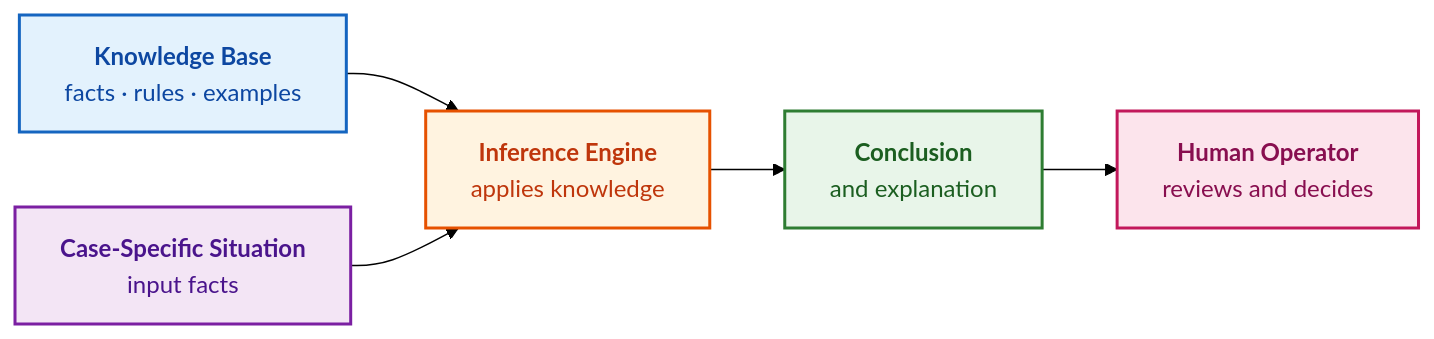
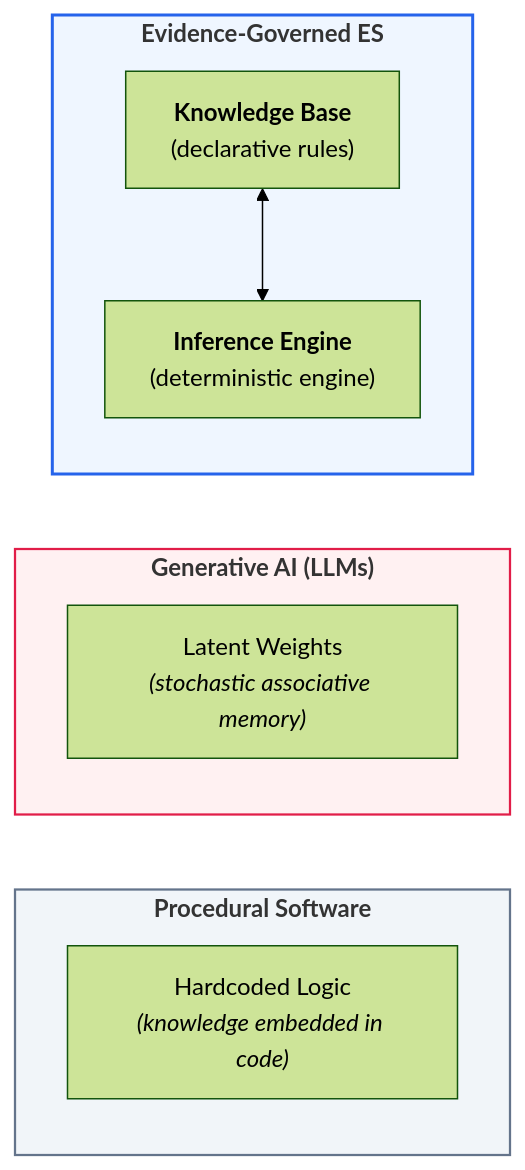
One commit to nick-fedchik/articles changed the second of 4 diagrams in ExpertSystem/translations/en/ch01-introduction-to-expert-systems.md. Above: the diagram before and after it, drawn with Mermaid (forest theme). The commit also changed other lines of this file and 2 other files, not shown here.

Commit message:
feat(ch01): restructure introductory chapter, add classical founders dialogue, colorize anatomy diagram, and format header (UA/EN/DE)

````diff
--- a/ExpertSystem/translations/en/ch01-introduction-to-expert-systems.md
+++ b/ExpertSystem/translations/en/ch01-introduction-to-expert-systems.md
@@ -107,22 +106,26 @@
 ```mermaid
 flowchart LR
-    accTitle: Minimal Architecture of an Expert System
-    accDescr: The knowledge base supplies rules to the inference engine, which also receives case-specific facts and derives an explained conclusion for a human operator.
+    subgraph PROC["<b>Procedural Software</b>"]
+        direction TB
+        P_CODE["Hardcoded Logic<br/><i>(knowledge embedded in code)</i>"]
+    end
 
-    K["<b>Knowledge Base</b><br/>facts · rules · examples"] --> I["<b>Inference Engine</b><br/>applies knowledge"]
-    C["<b>Case-Specific Situation</b><br/>input facts"] --> I
-    I --> R["<b>Conclusion</b><br/>and explanation"]
-    R --> H["<b>Human Operator</b><br/>reviews and decides"]
+    subgraph LLM_BOX["<b>Generative AI (LLMs)</b>"]
+        direction TB
+        L_WEIGHTS["Latent Weights<br/><i>(stochastic associative memory)</i>"]
+    end
 
-    classDef kb fill:#e3f2fd,stroke:#1565c0,stroke-width:2px,color:#0d47a1;
-    classDef engine fill:#fff3e0,stroke:#e65100,stroke-width:2px,color:#bf360c;
-    classDef ctx fill:#f3e5f5,stroke:#7b1fa2,stroke-width:2px,color:#4a148c;
-    classDef res fill:#e8f5e9,stroke:#2e7d32,stroke-width:2px,color:#1b5e20;
-    classDef hum fill:#fce4ec,stroke:#c2185b,stroke-width:2px,color:#880e4f;
+    subgraph ES_BOX["<b>Evidence-Governed ES</b>"]
+        direction TB
+        ES_KB["<b>Knowledge Base</b><br/>(declarative rules)"]
+        ES_ENG["<b>Inference Engine</b><br/>(deterministic engine)"]
+        ES_KB <--> ES_ENG
+    end
 
-    class K kb;
-    class I engine;
-    class C ctx;
-    class R res;
-    class H hum;
+    classDef c1 fill:#f1f5f9,stroke:#64748b,stroke-width:1.5px;
+    classDef c2 fill:#fff1f2,stroke:#e11d48,stroke-width:1.5px;
+    classDef c3 fill:#eff6ff,stroke:#2563eb,stroke-width:2px;
+    class PROC c1;
+    class LLM_BOX c2;
+    class ES_BOX c3;
 ```
````
